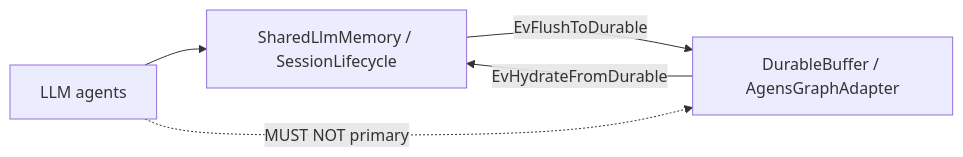
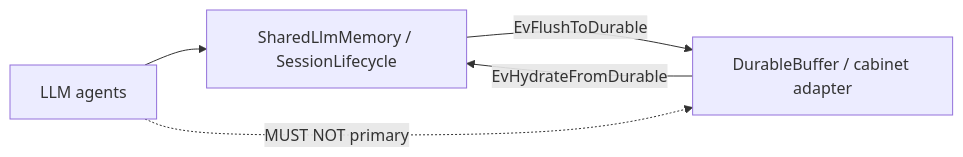
Before and after one commit to chouswei/MemNet: the diagram in sysml-models/outputs/durable-hydrate-flush-case-study.md, drawn with Mermaid. The commit also changed other lines of this file and 22 other files, not shown here.

First line of the commit message:
Add Neo4j DurableStoreAdapter beside AgensGraph. (#94)

````diff
--- a/sysml-models/outputs/durable-hydrate-flush-case-study.md
+++ b/sysml-models/outputs/durable-hydrate-flush-case-study.md
@@ -54,7 +54,7 @@
 ```mermaid
 flowchart LR
   LLM[LLM agents] --> MemNet[SharedLlmMemory / SessionLifecycle]
-  MemNet -->|EvFlushToDurable| DB[DurableBuffer / AgensGraphAdapter]
+  MemNet -->|EvFlushToDurable| DB[DurableBuffer / cabinet adapter]
   DB -->|EvHydrateFromDurable| MemNet
   LLM -.->|MUST NOT primary| DB
 ```
````
